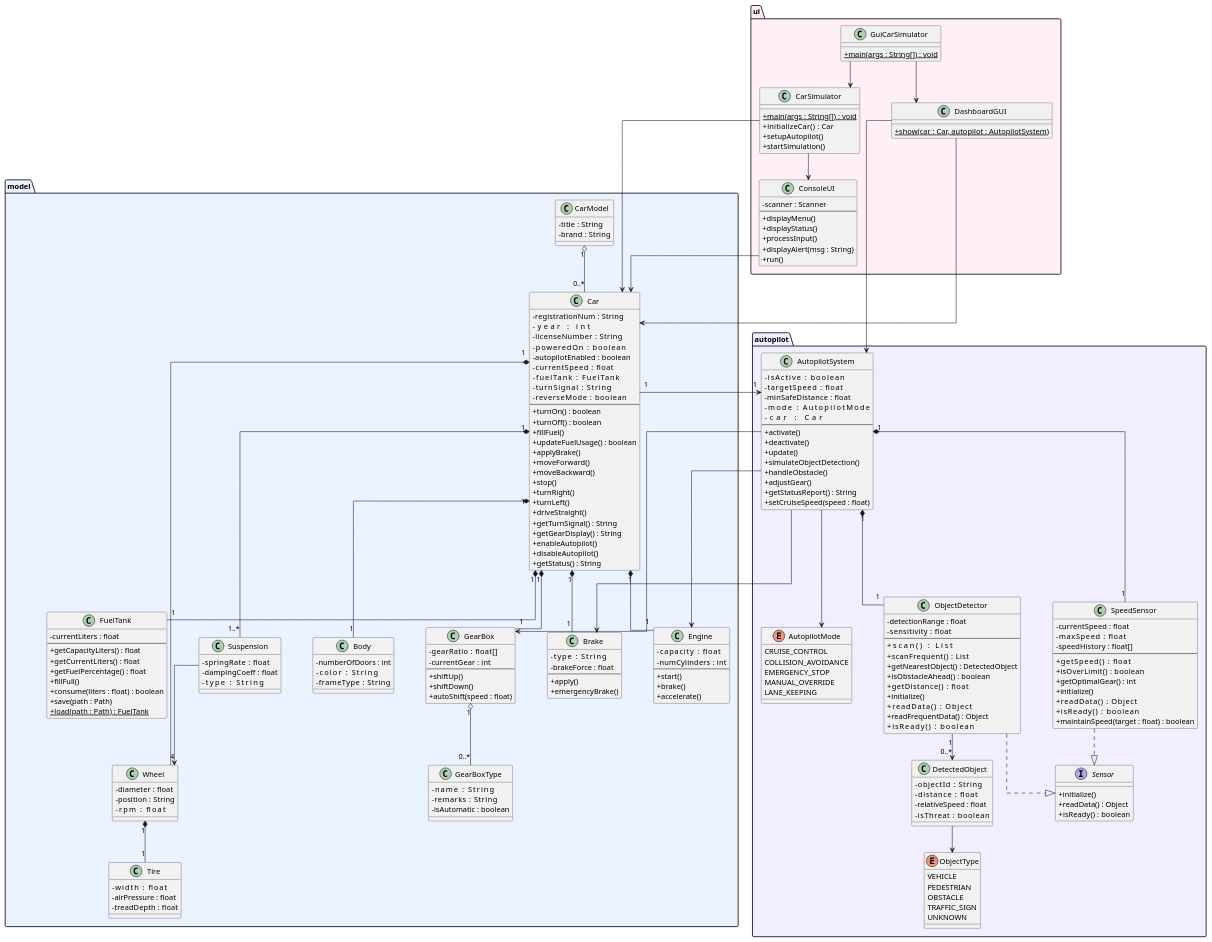
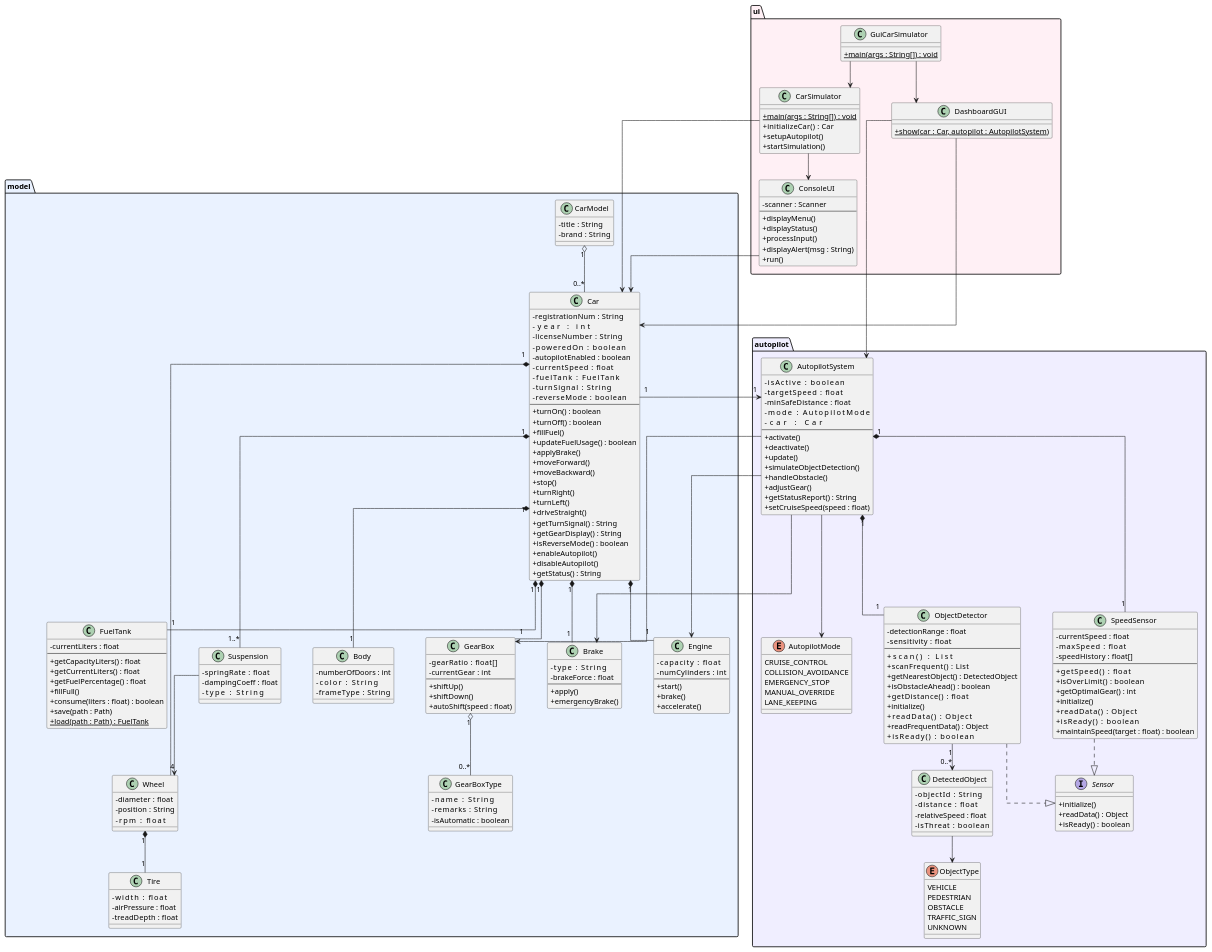
Before and after one commit to Musya351/OOP1: the diagram in diagramClass/ClassDiagram.wsd, drawn with PlantUML. The commit also changed 6 other files, not shown here.

```diff
--- a/diagramClass/ClassDiagram.wsd
+++ b/diagramClass/ClassDiagram.wsd
@@ -36,6 +36,7 @@
     + driveStraight()
     + getTurnSignal() : String
     + getGearDisplay() : String
+    + isReverseMode() : boolean
     + enableAutopilot()
     + disableAutopilot()
     + getStatus() : String
```
